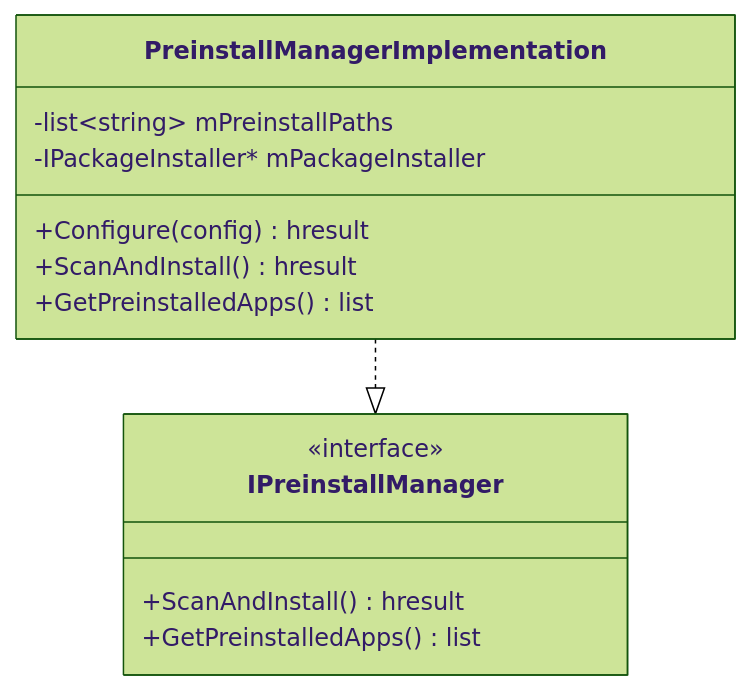
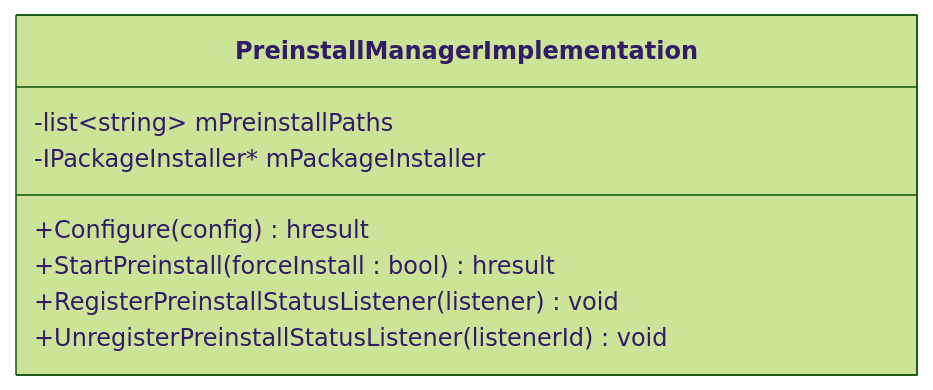
Before and after one commit to rdkcentral/entservices-appmanagers: the second of 4 diagrams in PreinstallManager/PreinstallManager.md, drawn with Mermaid (forest theme).

````diff
--- a/PreinstallManager/PreinstallManager.md
+++ b/PreinstallManager/PreinstallManager.md
@@ -51,18 +51,11 @@
 ```mermaid
 classDiagram
     class PreinstallManagerImplementation {
         -list~string~ mPreinstallPaths
         -IPackageInstaller* mPackageInstaller
         +Configure(config) hresult
-        +ScanAndInstall() hresult
-        +GetPreinstalledApps() list
+        +StartPreinstall(forceInstall : bool) hresult
+        +RegisterPreinstallStatusListener(listener) void
+        +UnregisterPreinstallStatusListener(listenerId) void
     }
-
-    class IPreinstallManager {
-        <<interface>>
-        +ScanAndInstall() hresult
-        +GetPreinstalledApps() list
-    }
-
-    PreinstallManagerImplementation ..|> IPreinstallManager
 ```
````
